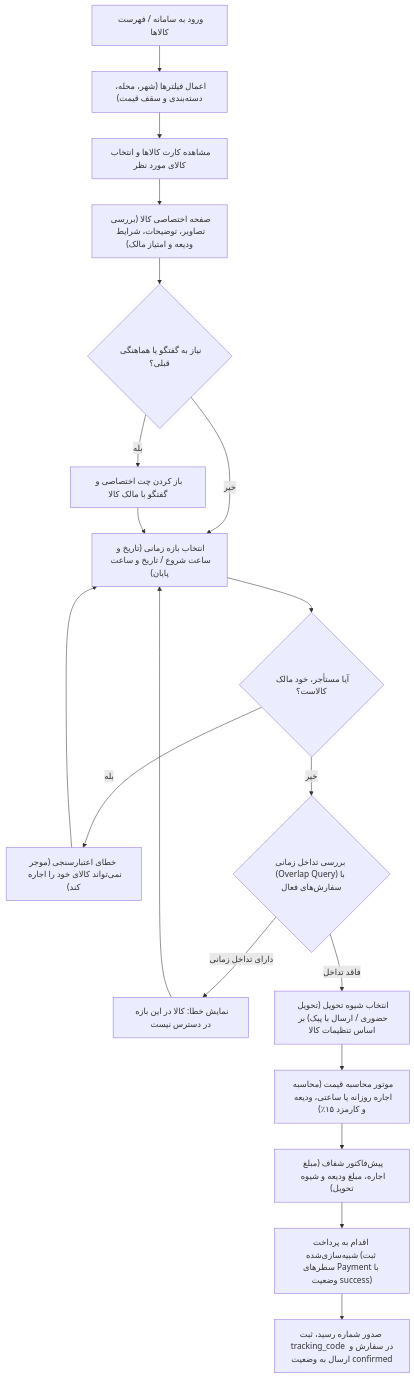
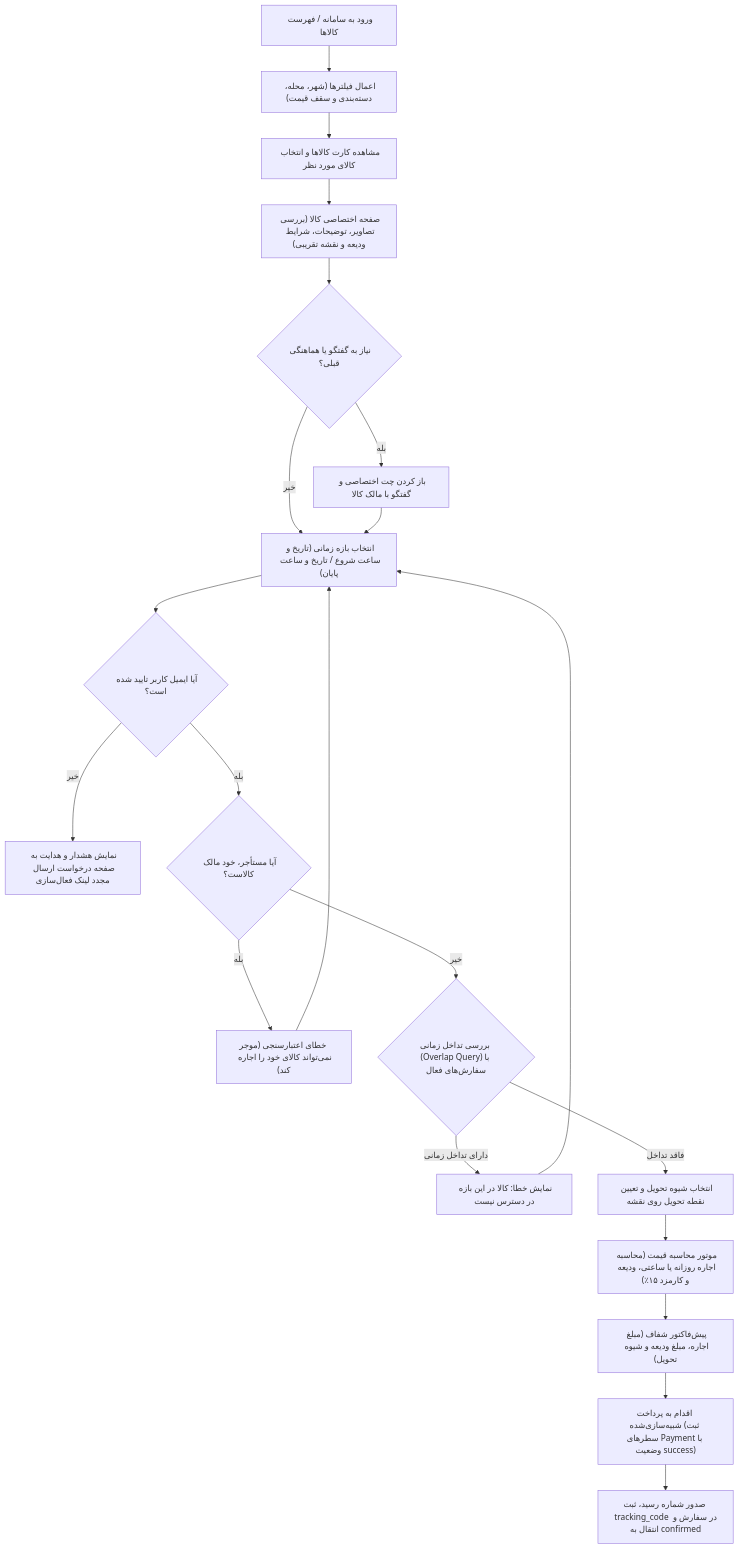
The third of 6 diagrams in docs/REPORT.md (amirBazargani/Amantyab), drawn with Mermaid before and after one commit. The commit also changed other lines of this file, not shown here.

````diff
--- a/docs/REPORT.md
+++ b/docs/REPORT.md
@@ -77,26 +84,29 @@
 ```mermaid
 flowchart TD
   Start["ورود به سامانه / فهرست کالاها"] --> FilterCatalog["اعمال فیلترها (شهر، محله، دسته‌بندی و سقف قیمت)"]
   FilterCatalog --> ItemCard["مشاهده کارت کالاها و انتخاب کالای مورد نظر"]
-  ItemCard --> ItemView["صفحه اختصاصی کالا (بررسی تصاویر، توضیحات، شرایط ودیعه و امتیاز مالک)"]
+  ItemCard --> ItemView["صفحه اختصاصی کالا (بررسی تصاویر، توضیحات، شرایط ودیعه و نقشه تقریبی)"]
   
   ItemView --> NeedInfo{"نیاز به گفتگو یا هماهنگی قبلی؟"}
   NeedInfo -- "بله" --> OpenChat["باز کردن چت اختصاصی و گفتگو با مالک کالا"]
   NeedInfo -- "خیر" --> SelectDates["انتخاب بازه زمانی (تاریخ و ساعت شروع / تاریخ و ساعت پایان)"]
   OpenChat --> SelectDates
   
-  SelectDates --> CheckSelfRent{"آیا مستأجر، خود مالک کالاست؟"}
+  SelectDates --> CheckVerified{"آیا ایمیل کاربر تایید شده است؟"}
+  CheckVerified -- "خیر" --> ErrUnverified["نمایش هشدار و هدایت به صفحه درخواست ارسال مجدد لینک فعال‌سازی"]
+  
+  CheckVerified -- "بله" --> CheckSelfRent{"آیا مستأجر، خود مالک کالاست؟"}
   CheckSelfRent -- "بله" --> ErrSelf["خطای اعتبارسنجی (موجر نمی‌تواند کالای خود را اجاره کند)"]
   ErrSelf --> SelectDates
   
   CheckSelfRent -- "خیر" --> CheckOverlap{"بررسی تداخل زمانی (Overlap Query) با سفارش‌های فعال"}
   CheckOverlap -- "دارای تداخل زمانی" --> ErrOverlap["نمایش خطا: کالا در این بازه در دسترس نیست"]
   ErrOverlap --> SelectDates
   
-  CheckOverlap -- "فاقد تداخل" --> SelectDelivery["انتخاب شیوه تحویل (تحویل حضوری / ارسال با پیک) بر اساس تنظیمات کالا"]
+  CheckOverlap -- "فاقد تداخل" --> SelectDelivery["انتخاب شیوه تحویل و تعیین نقطه تحویل روی نقشه"]
   
   SelectDelivery --> PriceEngine["موتور محاسبه قیمت (محاسبه اجاره روزانه یا ساعتی، ودیعه و کارمزد ۱۵٪)"]
   PriceEngine --> Invoice["پیش‌فاکتور شفاف (مبلغ اجاره، مبلغ ودیعه و شیوه تحویل)"]
   Invoice --> PayAction["اقدام به پرداخت شبیه‌سازی‌شده (ثبت سطرهای Payment با وضعیت success)"]
-  PayAction --> IssueReceipt["صدور شماره رسید، ثبت tracking_code در سفارش و ارسال به وضعیت confirmed"]
+  PayAction --> IssueReceipt["صدور شماره رسید، ثبت tracking_code در سفارش و انتقال به confirmed"]
 ```
````
